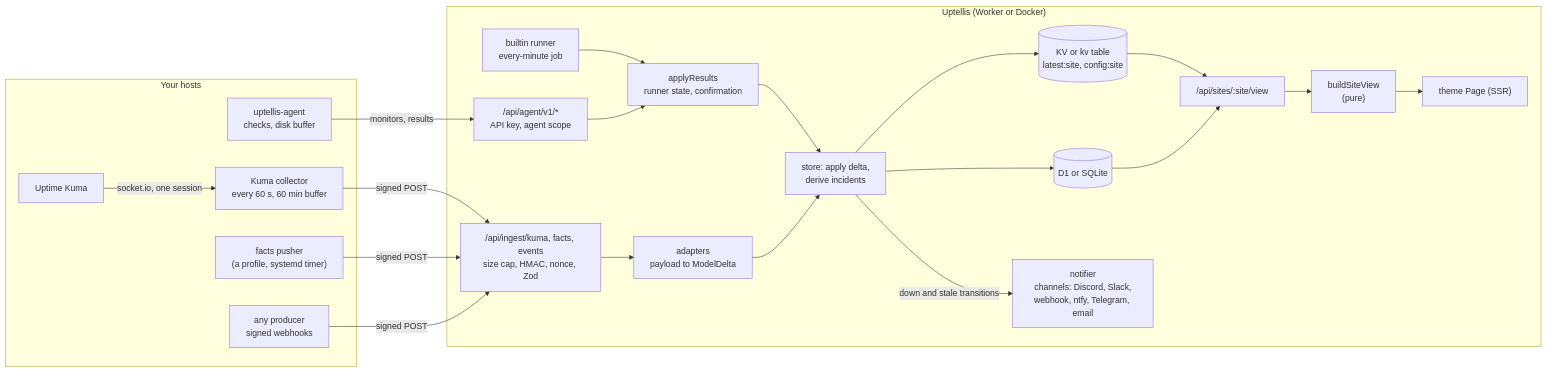
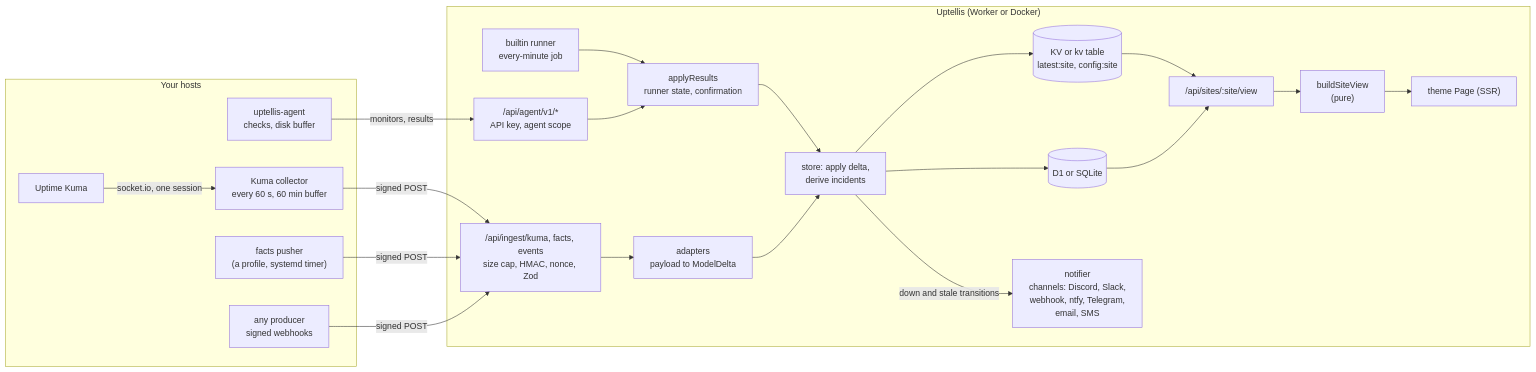
The second of 8 diagrams in docs/architecture.md (bts-io/uptellis), drawn with Mermaid before and after one commit. The commit also changed other lines of this file and 4 other files, not shown here.

````diff
--- a/docs/architecture.md
+++ b/docs/architecture.md
@@ -48,39 +48,39 @@
 ```mermaid
 flowchart LR
   subgraph producers ["Your hosts"]
     kuma["Uptime Kuma"] -->|"socket.io, one session"| col["Kuma collector<br/>every 60 s, 60 min buffer"]
     push["facts pusher<br/>(a profile, systemd timer)"]
     hook["any producer<br/>signed webhooks"]
     agent["uptellis-agent<br/>checks, disk buffer"]
   end
   subgraph worker ["Uptellis (Worker or Docker)"]
     ing["/api/ingest/kuma, facts, events<br/>size cap, HMAC, nonce, Zod"]
     probes["builtin runner<br/>every-minute job"]
     agentapi["/api/agent/v1/*<br/>API key, agent scope"]
     apply["applyResults<br/>runner state, confirmation"]
     adapt["adapters<br/>payload to ModelDelta"]
     store["store: apply delta,<br/>derive incidents"]
     d1[("D1 or SQLite")]
     kv[("KV or kv table<br/>latest:site, config:site")]
     build["buildSiteView<br/>(pure)"]
     read["/api/sites/:site/view"]
     page["theme Page (SSR)"]
-    notify["notifier<br/>channels: Discord, Slack,<br/>webhook, ntfy, Telegram, email"]
+    notify["notifier<br/>channels: Discord, Slack,<br/>webhook, ntfy, Telegram,<br/>email, SMS"]
   end
   col -->|"signed POST"| ing
   push -->|"signed POST"| ing
   hook -->|"signed POST"| ing
   agent -->|"monitors, results"| agentapi
   ing --> adapt
   probes --> apply
   agentapi --> apply
   apply --> store
   adapt --> store
   store --> d1
   store --> kv
   store -->|"down and stale transitions"| notify
   kv --> read
   d1 --> read
   read --> build
   build --> page
 ```
````
